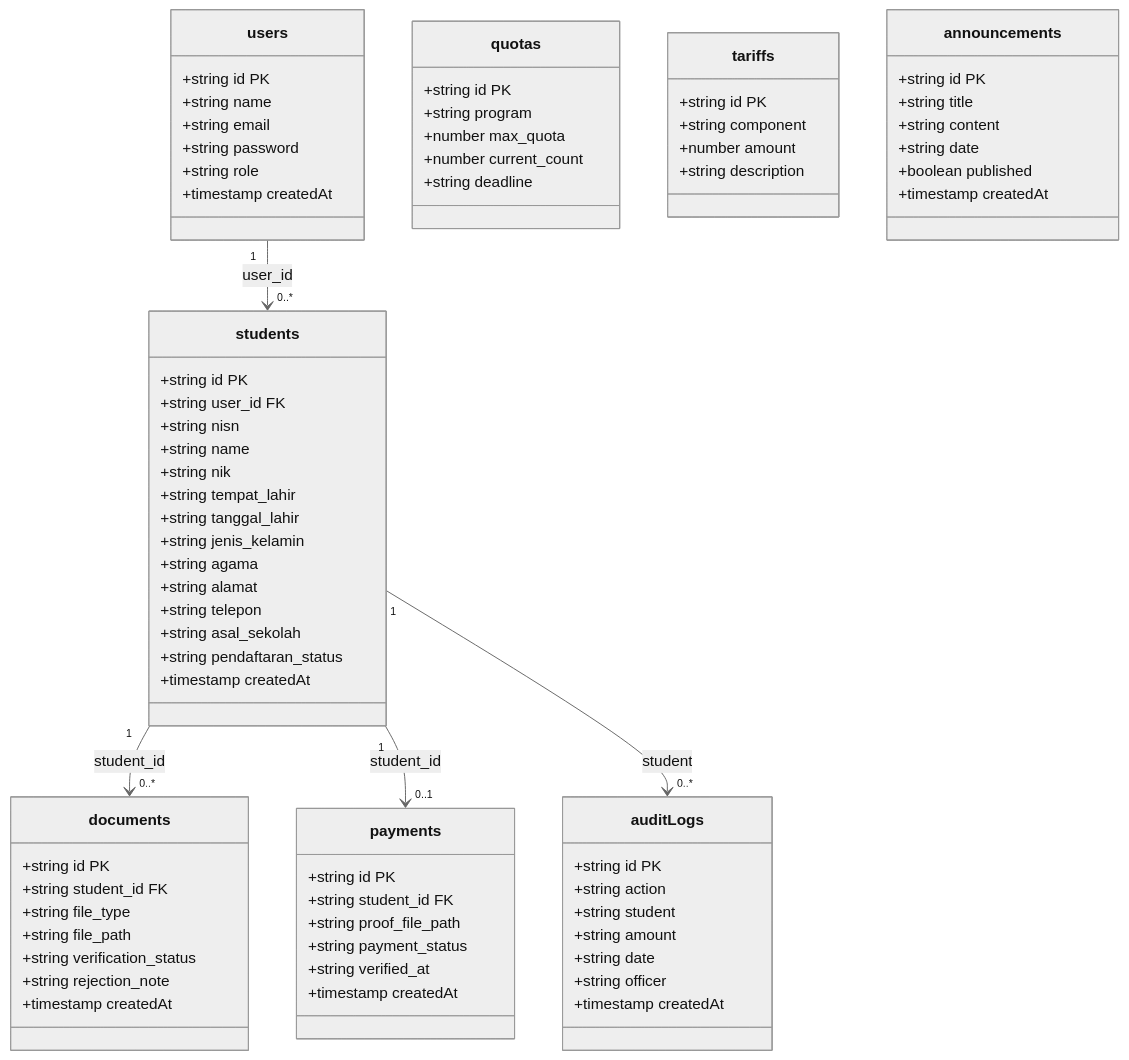
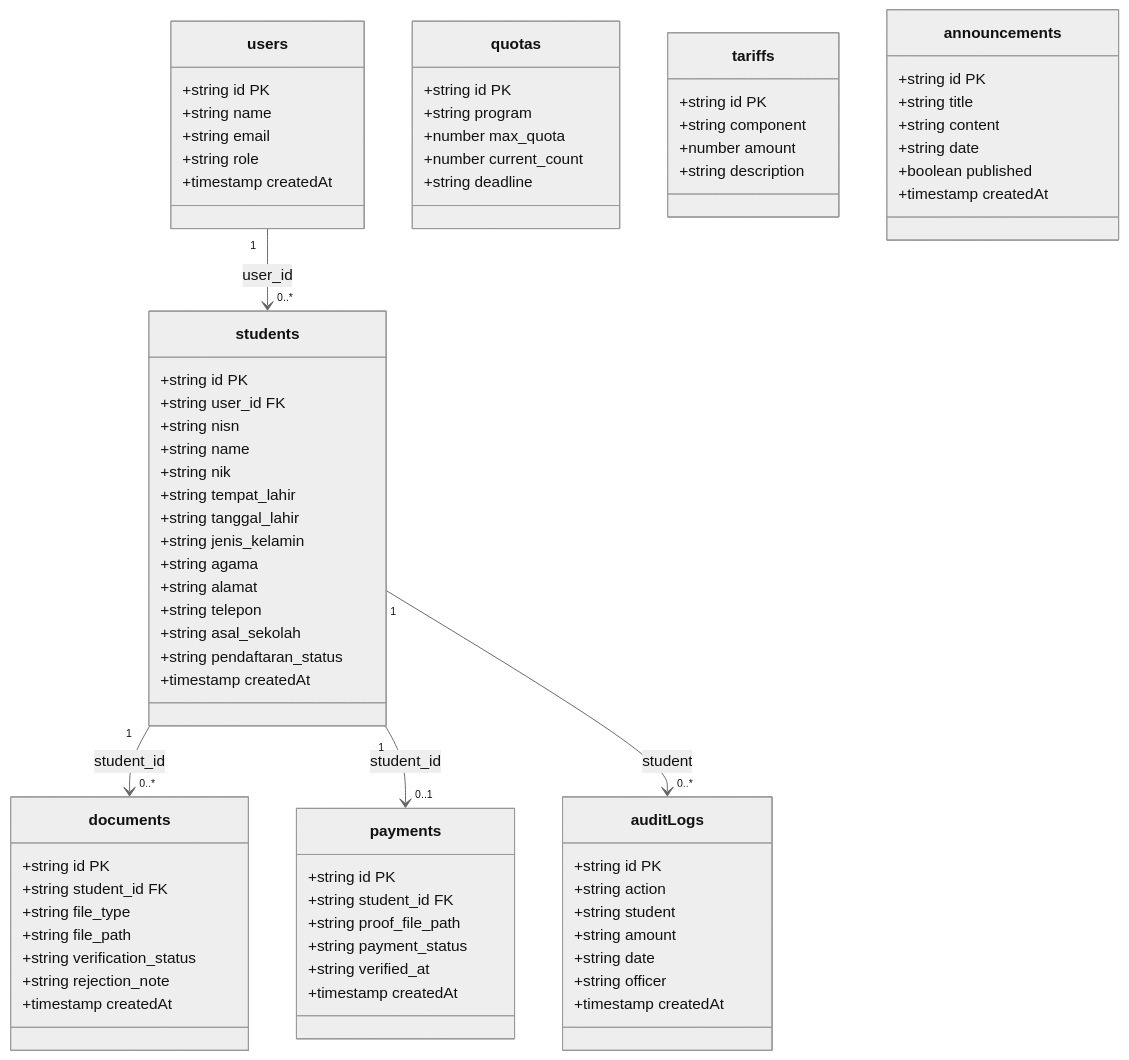
The diagram in docs/class_diagram/data_model.md (kinopsy/DPSI-PPDB), drawn with Mermaid (neutral theme) before and after one commit. The commit also changed other lines of this file and 17 other files, not shown here.

```diff
--- a/docs/class_diagram/data_model.md
+++ b/docs/class_diagram/data_model.md
@@ -36,7 +36,6 @@
         +string id PK
         +string name
         +string email
-        +string password
         +string role
         +timestamp createdAt
     }
```
